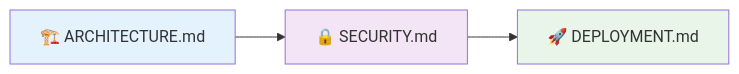
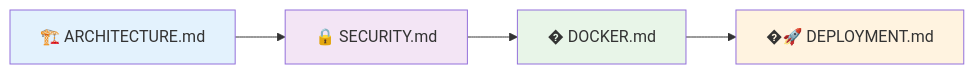
One commit to jmeza44/team-vault changed the second of 8 diagrams in docs/README.md. Above: the diagram before and after it, drawn with Mermaid. The commit also changed other lines of this file and 18 other files, not shown here.

````diff
--- a/docs/README.md
+++ b/docs/README.md
@@ -54,9 +57,13 @@
 ```mermaid
 graph LR
     A[🏗️ ARCHITECTURE.md] --> B[🔒 SECURITY.md]
-    B --> C[🚀 DEPLOYMENT.md]
+    B --> C[� DOCKER.md]
+    C --> D[�🚀 DEPLOYMENT.md]
     
     style A fill:#e3f2fd
+    style B fill:#fce4ec
+    style C fill:#e8f5e8
+    style D fill:#fff3e0
     style B fill:#f3e5f5
     style C fill:#e8f5e8
 ```
````
